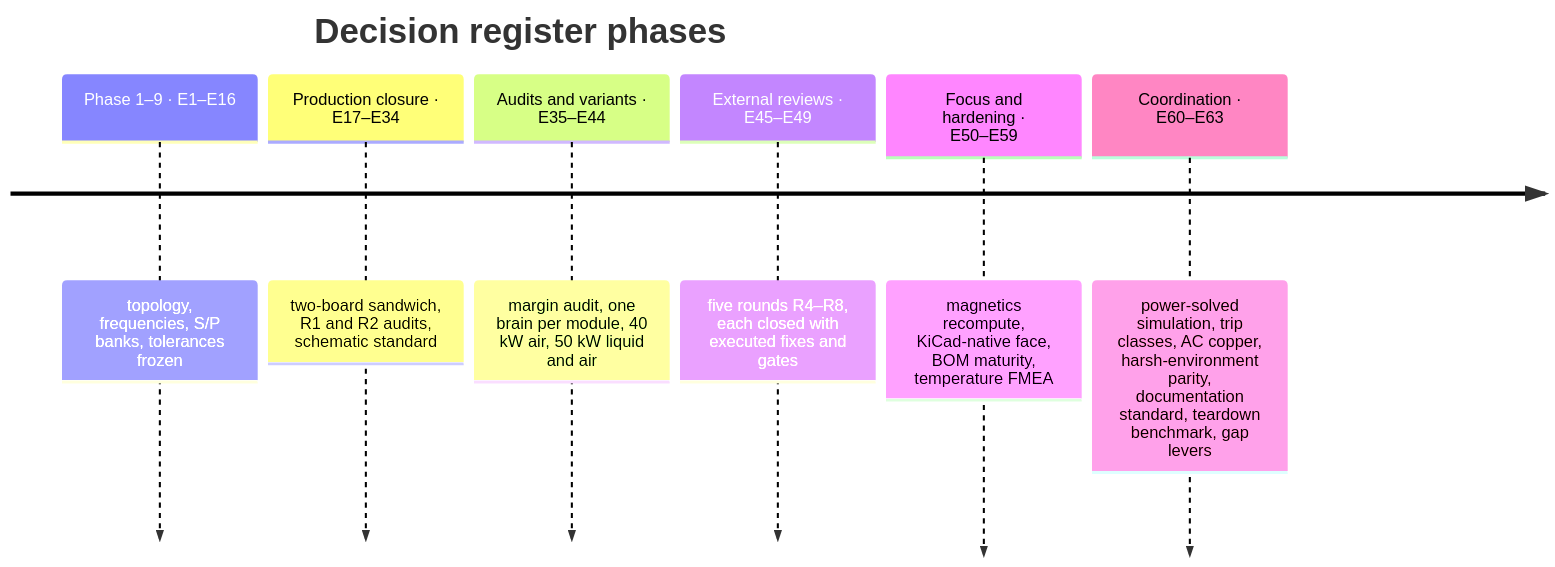
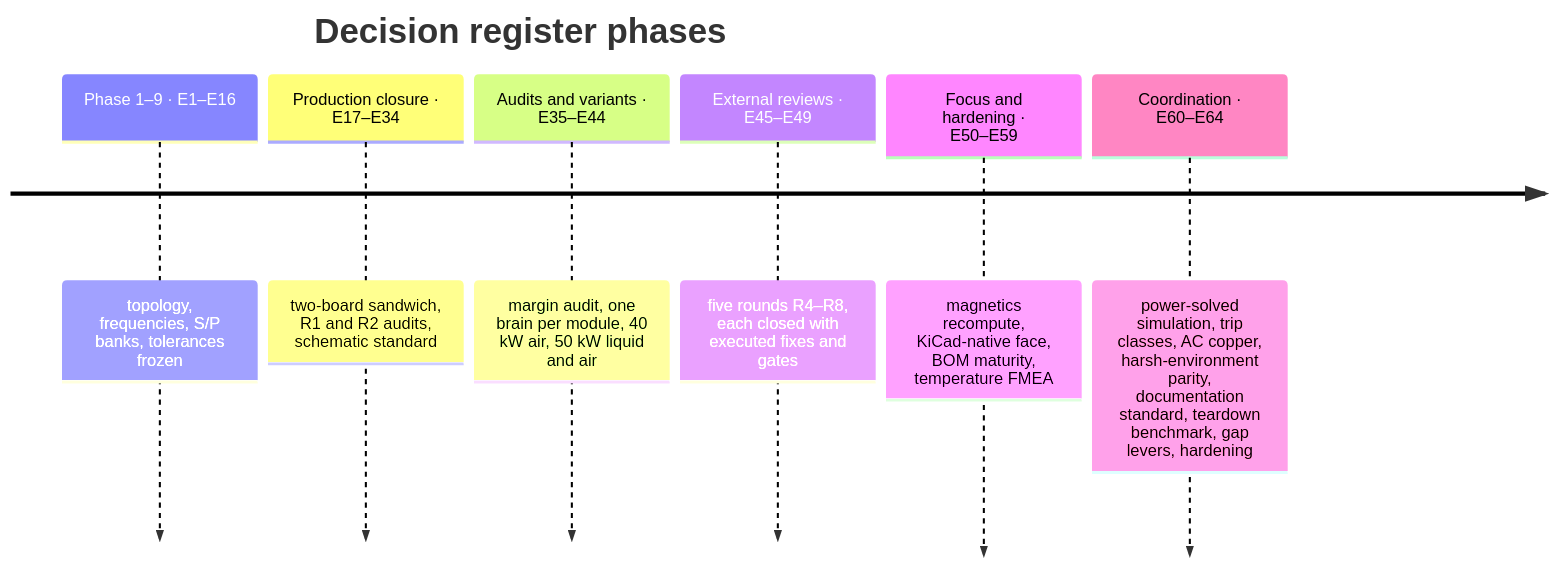
The fourth of 4 diagrams in docs/architecture.md (vectivolt/DC-Modules), drawn with Mermaid before and after one commit. The commit also changed other lines of this file and 57 other files, not shown here.

````diff
--- a/docs/architecture.md
+++ b/docs/architecture.md
@@ -181,10 +181,10 @@
 ```mermaid
 timeline
   title Decision register phases
   Phase 1–9 · E1–E16 : topology, frequencies, S/P banks, tolerances frozen
   Production closure · E17–E34 : two-board sandwich, R1 and R2 audits, schematic standard
   Audits and variants · E35–E44 : margin audit, one brain per module, 40 kW air, 50 kW liquid and air
   External reviews · E45–E49 : five rounds R4–R8, each closed with executed fixes and gates
   Focus and hardening · E50–E59 : magnetics recompute, KiCad-native face, BOM maturity, temperature FMEA
-  Coordination · E60–E63 : power-solved simulation, trip classes, AC copper, harsh-environment parity, documentation standard, teardown benchmark, gap levers
+  Coordination · E60–E64 : power-solved simulation, trip classes, AC copper, harsh-environment parity, documentation standard, teardown benchmark, gap levers, hardening
 ```
````
